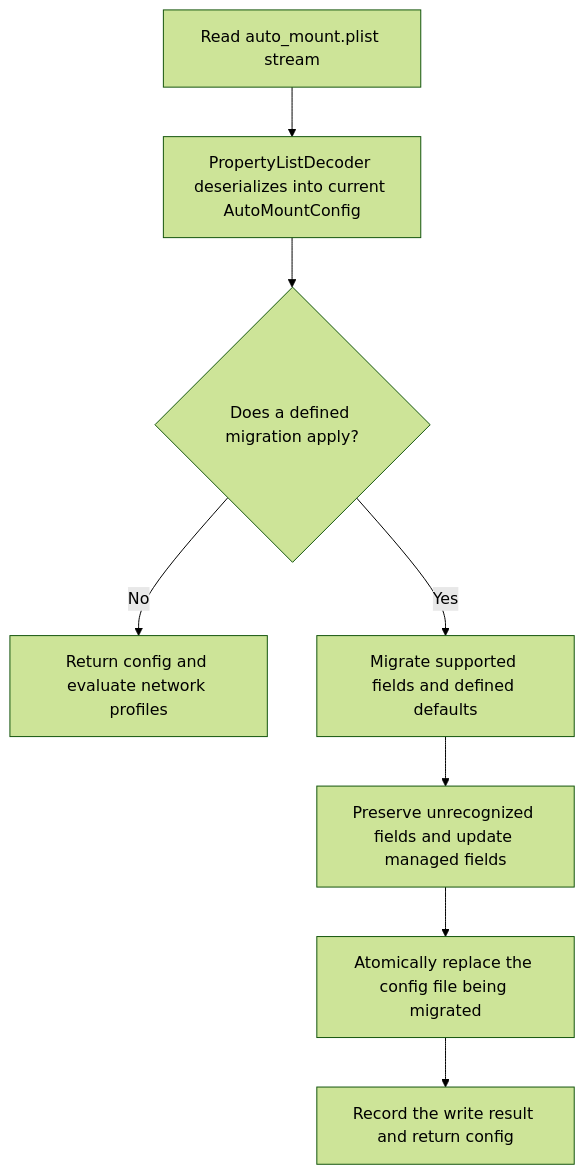
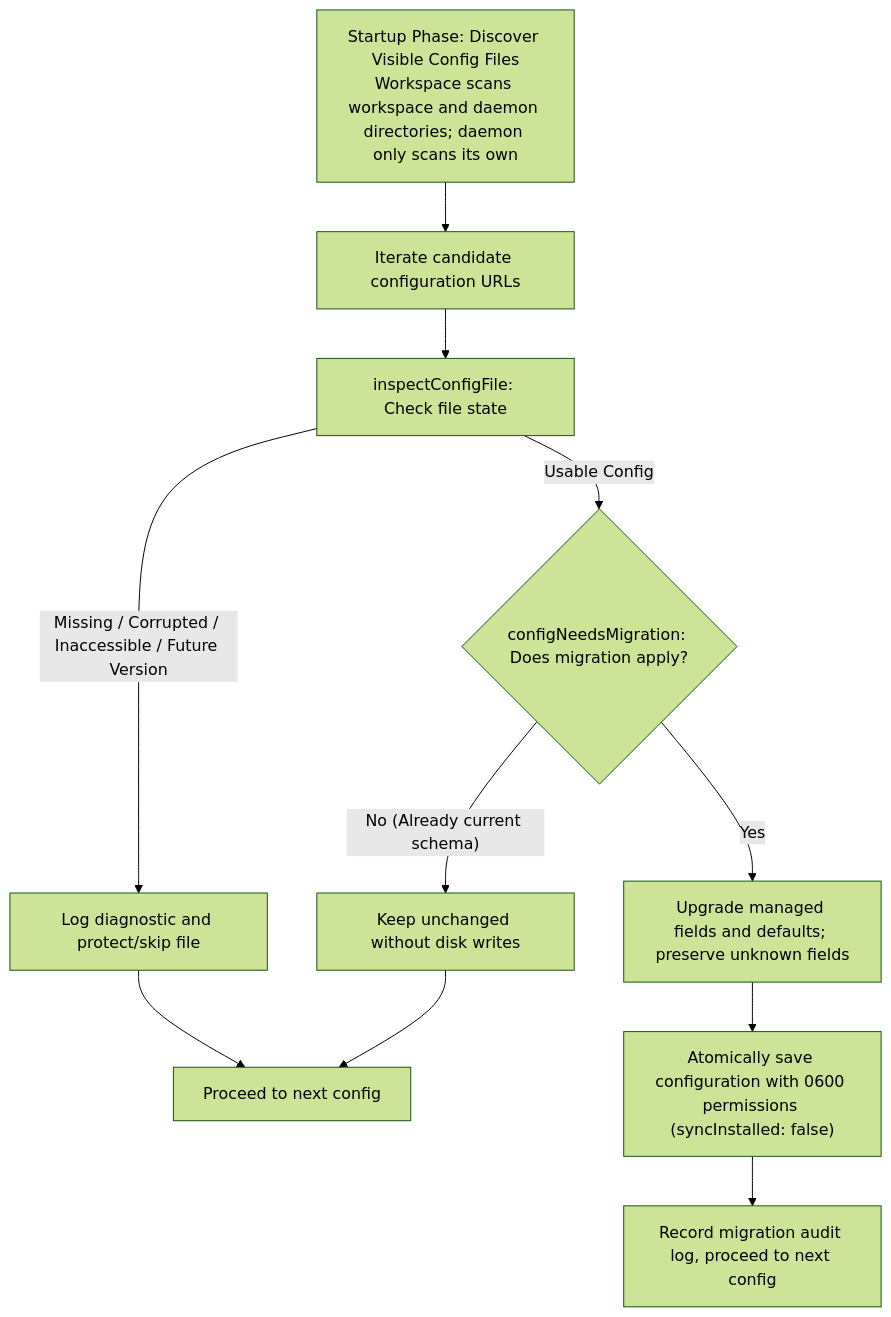
The third of 3 diagrams in ARCHITECTURE.en.md (jiezhengj/automnt), drawn with Mermaid (forest theme) before and after one commit. The commit also changed other lines of this file and 8 other files, not shown here.

Commit message:
fix: eagerly migrate visible configurations on program startup

````diff
--- a/ARCHITECTURE.en.md
+++ b/ARCHITECTURE.en.md
@@ -267,13 +271,16 @@
 ```mermaid
 flowchart TD
-    LoadPlist["Read auto_mount.plist stream"] --> Decode["PropertyListDecoder deserializes into current AutoMountConfig"]
-    Decode --> CheckVersion{"Does a defined migration apply?"}
+    Scan["Startup Phase: Discover Visible Config Files\nWorkspace scans workspace and daemon directories; daemon only scans its own"] --> Loop["Iterate candidate configuration URLs"]
+    Loop --> Inspect["inspectConfigFile: Check file state"]
     
-    CheckVersion -- "No" --> FastReturn["Return config and evaluate network profiles"]
+    Inspect -- "Missing / Corrupted / Inaccessible / Future Version" --> Skip["Log diagnostic and protect/skip file"]
+    Inspect -- "Usable Config" --> CheckMigrate{"configNeedsMigration: Does migration apply?"}
     
-    CheckVersion -- "Yes" --> SchemaUpgrade["Migrate supported fields and defined defaults"]
+    CheckMigrate -- "No (Already current schema)" --> Noop["Keep unchanged without disk writes"]
+    CheckMigrate -- "Yes" --> SchemaUpgrade["Upgrade managed fields and defaults; preserve unknown fields"]
     
-    SchemaUpgrade --> Preserve["Preserve unrecognized fields and update managed fields"]
-    Preserve --> AtomicSave["Atomically replace the config file being migrated"]
-    AtomicSave --> LogAudit["Record the write result and return config"]
+    SchemaUpgrade --> AtomicSave["Atomically save configuration with 0600 permissions (syncInstalled: false)"]
+    AtomicSave --> LogAudit["Record migration audit log, proceed to next config"]
+    Skip --> Next["Proceed to next config"]
+    Noop --> Next
 ```
````
